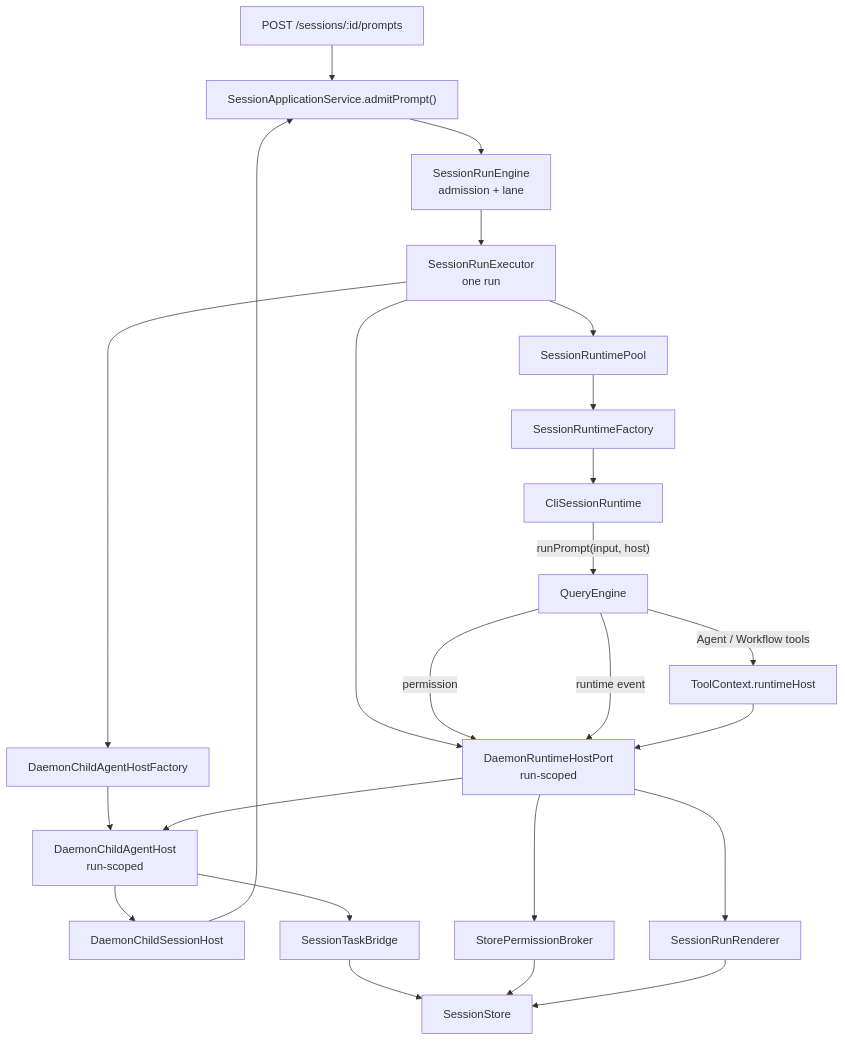
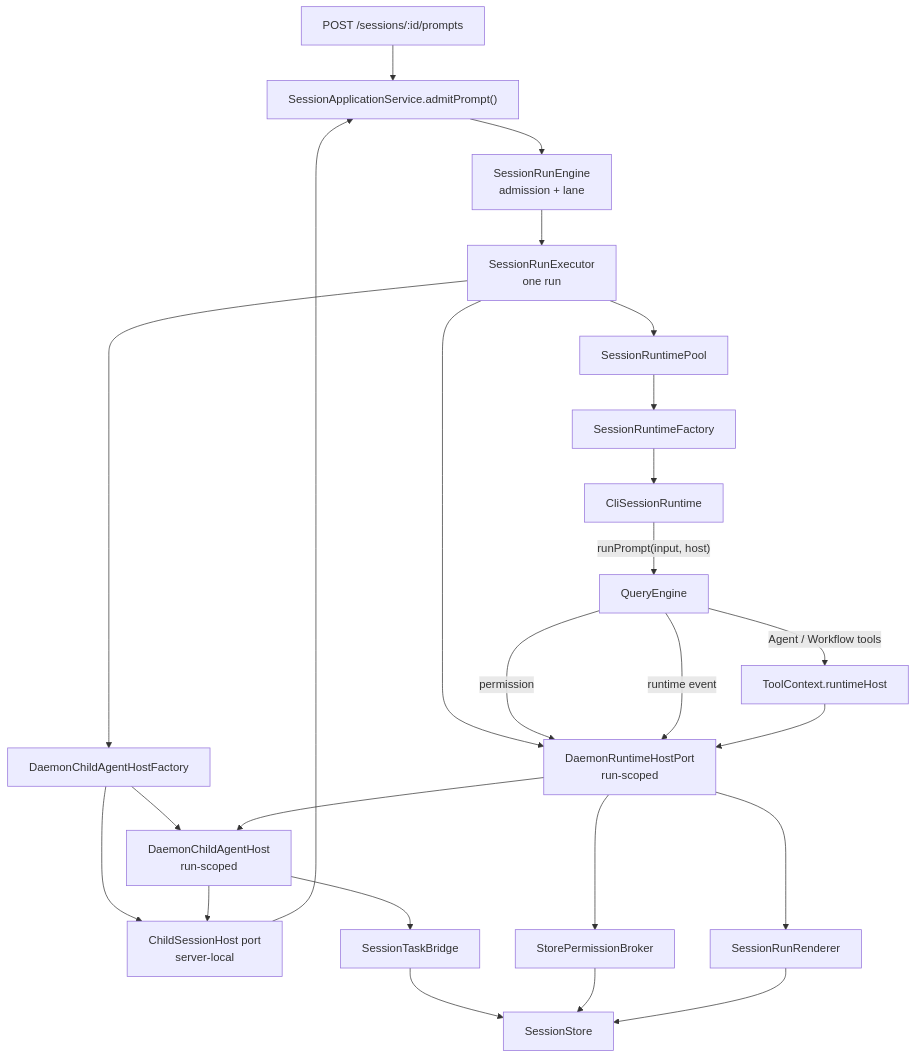
Before and after one commit to rzx007/openharness-ts: the third of 3 diagrams in docs/runtime-host-port-design.md, drawn with Mermaid. The commit also changed other lines of this file and 9 other files, not shown here.

Commit message:
refactor(server): fold child session adapter into host factory

````diff
--- a/docs/runtime-host-port-design.md
+++ b/docs/runtime-host-port-design.md
@@ -190,26 +190,27 @@
 ```mermaid
 flowchart TD
   Route["POST /sessions/:id/prompts"] --> App["SessionApplicationService.admitPrompt()"]
   App --> Engine["SessionRunEngine<br/>admission + lane"]
   Engine --> Executor["SessionRunExecutor<br/>one run"]
   Executor --> Pool["SessionRuntimePool"]
   Pool --> Factory["SessionRuntimeFactory"]
   Factory --> Runtime["CliSessionRuntime"]
   Executor --> Host["DaemonRuntimeHostPort<br/>run-scoped"]
   Runtime -->|"runPrompt(input, host)"| QueryEngine["QueryEngine"]
   Executor --> ChildFactory["DaemonChildAgentHostFactory"]
   ChildFactory --> ChildAgentHost["DaemonChildAgentHost<br/>run-scoped"]
   QueryEngine -->|"permission"| Host
   QueryEngine -->|"runtime event"| Host
   QueryEngine -->|"Agent / Workflow tools"| ToolHost["ToolContext.runtimeHost"]
   ToolHost --> Host
   Host --> ChildAgentHost
-  ChildAgentHost --> ChildSessionHost["DaemonChildSessionHost"]
+  ChildFactory --> ChildSessionPort["ChildSessionHost port<br/>server-local"]
+  ChildAgentHost --> ChildSessionPort
   ChildAgentHost --> TaskBridge["SessionTaskBridge"]
-  ChildSessionHost --> App
+  ChildSessionPort --> App
   TaskBridge --> Store["SessionStore"]
   Host --> PermissionBroker["StorePermissionBroker"]
   PermissionBroker --> Store
   Host --> Renderer["SessionRunRenderer"]
   Renderer --> Store
 ```
````
